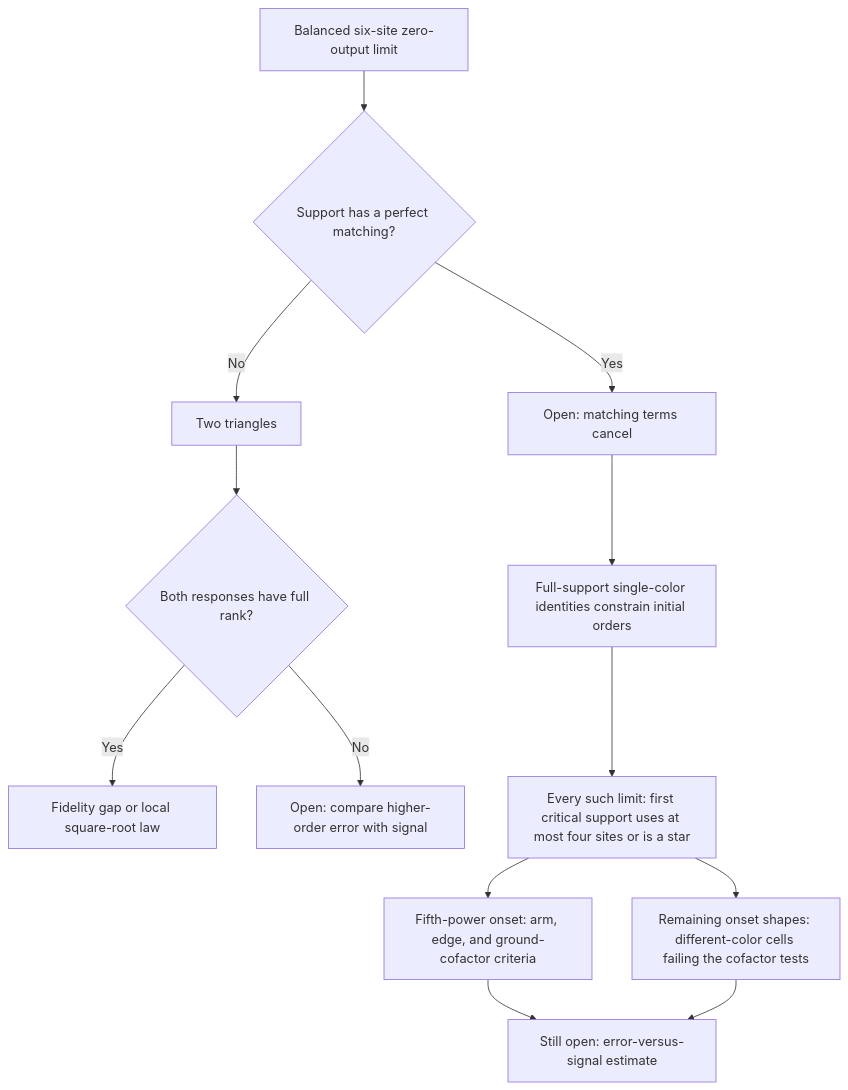
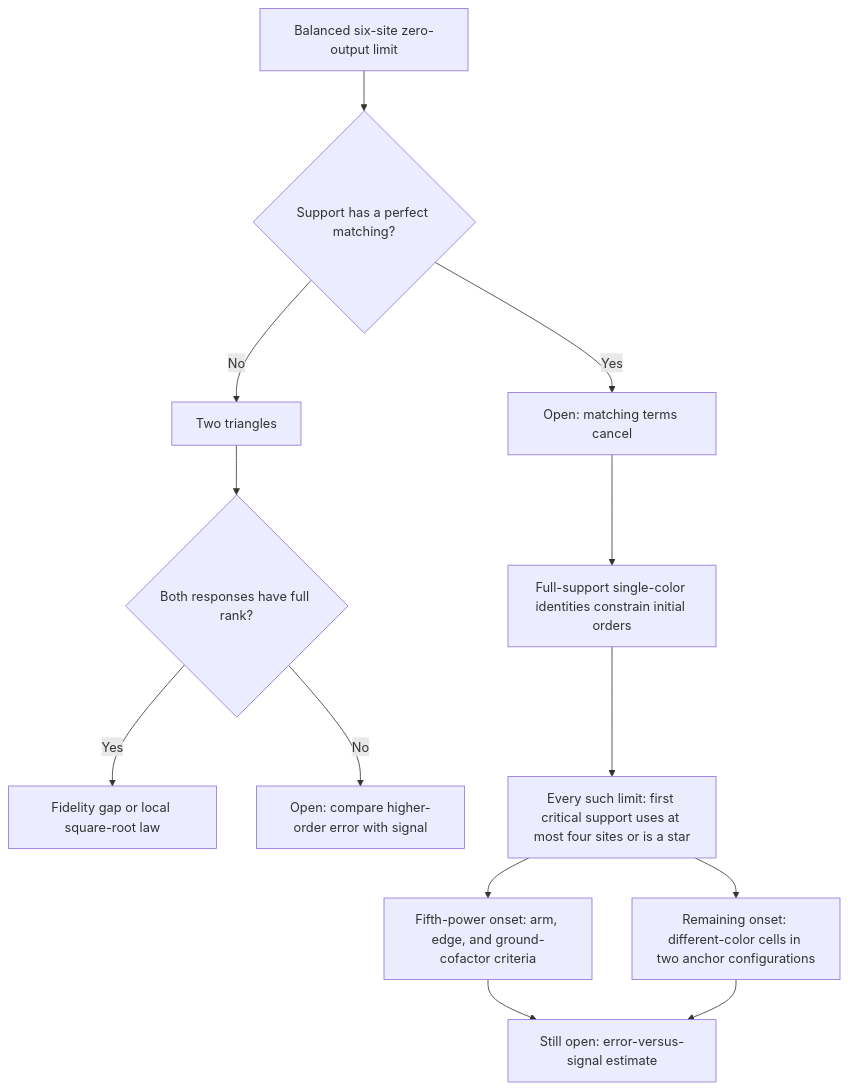
Before and after one commit to rrajasek95/krenn-conjecture: the diagram in research/ghz-rates/README.md, drawn with Mermaid. The commit also changed other lines of this file and 10 other files, not shown here.

Commit message:
Reduce full-support GHZ onset to two cofactor anchor configurations

```diff
--- a/research/ghz-rates/README.md
+++ b/research/ghz-rates/README.md
@@ -55,15 +56,15 @@
 ~~~mermaid
 flowchart TD
     A["Balanced six-site zero-output limit"] --> B{"Support has a perfect matching?"}
     B -->|No| C["Two triangles"]
     C --> D{"Both responses have full rank?"}
     D -->|Yes| E["Fidelity gap or local square-root law"]
     D -->|No| F["Open: compare higher-order error with signal"]
     B -->|Yes| G["Open: matching terms cancel"]
     G --> H["Full-support single-color identities constrain initial orders"]
     H --> I["Every such limit: first critical support uses at most four sites or is a star"]
     I --> J["Fifth-power onset: arm, edge, and ground-cofactor criteria"]
-    I --> K["Remaining onset shapes: different-color cells failing the cofactor tests"]
+    I --> K["Remaining onset: different-color cells in two anchor configurations"]
     J --> L["Still open: error-versus-signal estimate"]
     K --> L
 ~~~
```
